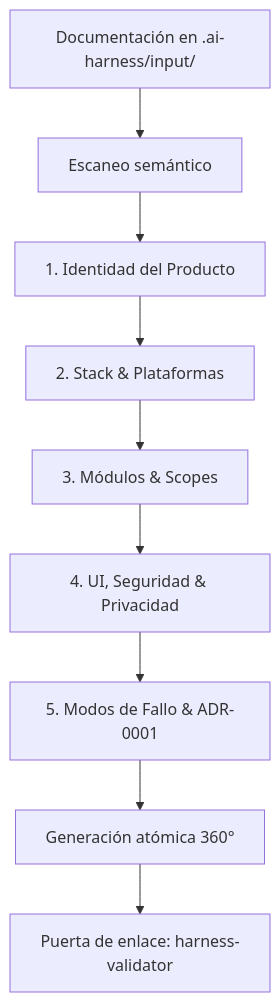
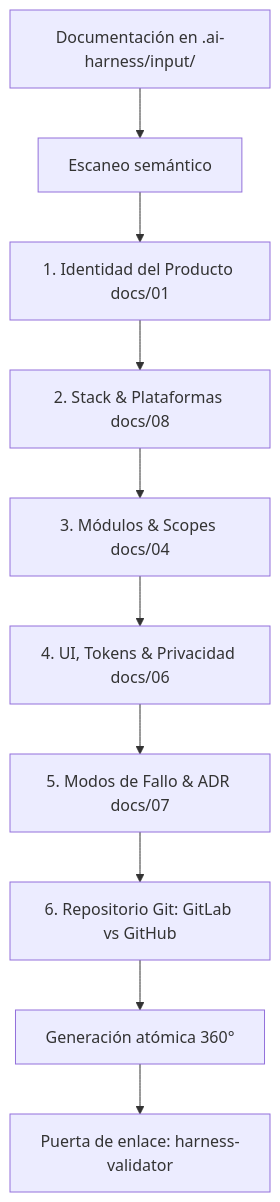
The diagram in docs/12-bootstrap-harness.md (angel-diaz-bcn/harness-launcher), drawn with Mermaid before and after one commit. The commit also changed other lines of this file and 18 other files, not shown here.

````diff
--- a/docs/12-bootstrap-harness.md
+++ b/docs/12-bootstrap-harness.md
@@ -60,11 +64,12 @@
 ```mermaid
 flowchart TD
     IN[Documentación en .ai-harness/input/] --> SCAN[Escaneo semántico]
-    SCAN --> F1[1. Identidad del Producto]
-    F1 --> F2[2. Stack & Plataformas]
-    F2 --> F3[3. Módulos & Scopes]
-    F3 --> F4[4. UI, Seguridad & Privacidad]
-    F4 --> F5[5. Modos de Fallo & ADR-0001]
-    F5 --> GEN[Generación atómica 360°]
+    SCAN --> F1[1. Identidad del Producto docs/01]
+    F1 --> F2[2. Stack & Plataformas docs/08]
+    F2 --> F3[3. Módulos & Scopes docs/04]
+    F3 --> F4[4. UI, Tokens & Privacidad docs/06]
+    F4 --> F5[5. Modos de Fallo & ADR docs/07]
+    F5 --> F6[6. Repositorio Git: GitLab vs GitHub]
+    F6 --> GEN[Generación atómica 360°]
     GEN --> VAL[Puerta de enlace: harness-validator]
 ```
````
